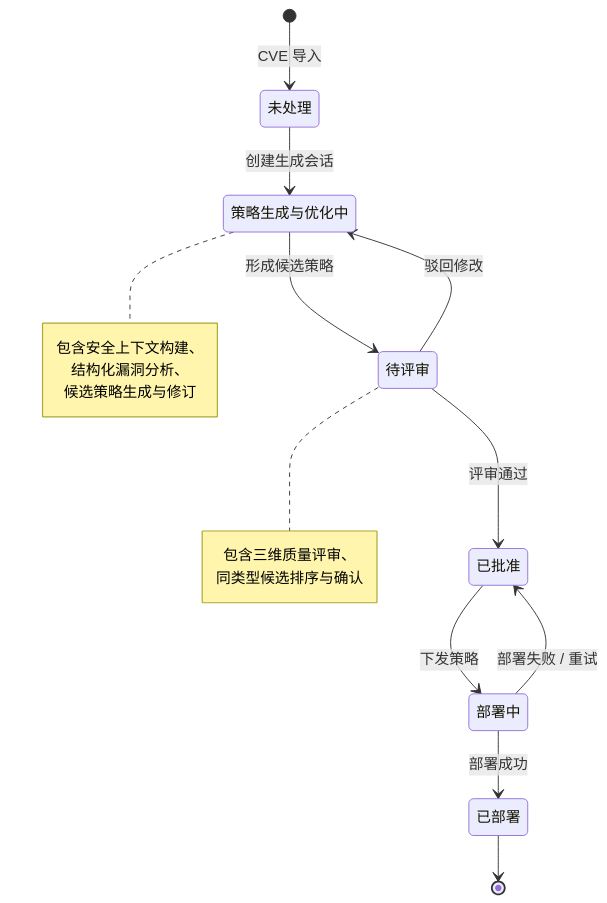
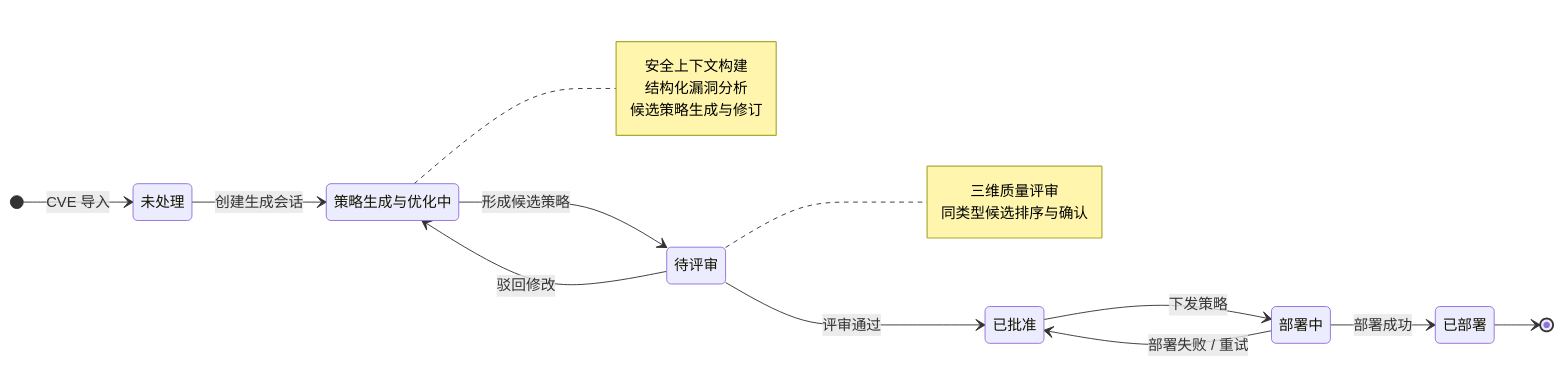
Before and after one commit to Ivanbeethoven/ustb_graduator_paper: the diagram in images/chap4/cve_lifecycle.mmd, drawn with Mermaid. The commit also changed 23 other files, not shown here.

```diff
--- a/images/chap4/cve_lifecycle.mmd
+++ b/images/chap4/cve_lifecycle.mmd
@@ -1,34 +1,34 @@
 %%{init: {
   'theme': 'base',
   'themeVariables': {
-    'fontSize': '14px',
+    'fontSize': '18px',
     'fontFamily': '"Microsoft YaHei","PingFang SC","Noto Sans SC",sans-serif',
     'lineColor': '#6b7280',
     'primaryBorderColor': '#8b5cf6',
     'primaryTextColor': '#1f2937'
   }
 }}%%
 stateDiagram-v2
-    direction TB
+    direction LR
     %% UML 状态图 — CVE 漏洞处置生命周期（含候选策略生成与优化）
 
     [*] --> 未处理 : CVE 导入
     未处理 --> 策略生成与优化中 : 创建生成会话
     策略生成与优化中 --> 待评审 : 形成候选策略
     待评审 --> 策略生成与优化中 : 驳回修改
     待评审 --> 已批准 : 评审通过
     已批准 --> 部署中 : 下发策略
     部署中 --> 已批准 : 部署失败 / 重试
     部署中 --> 已部署 : 部署成功
     已部署 --> [*]
 
     note right of 策略生成与优化中
-        包含安全上下文构建、
-        结构化漏洞分析、
+        安全上下文构建
+        结构化漏洞分析
         候选策略生成与修订
     end note
 
     note right of 待评审
-        包含三维质量评审、
+        三维质量评审
         同类型候选排序与确认
     end note
```
